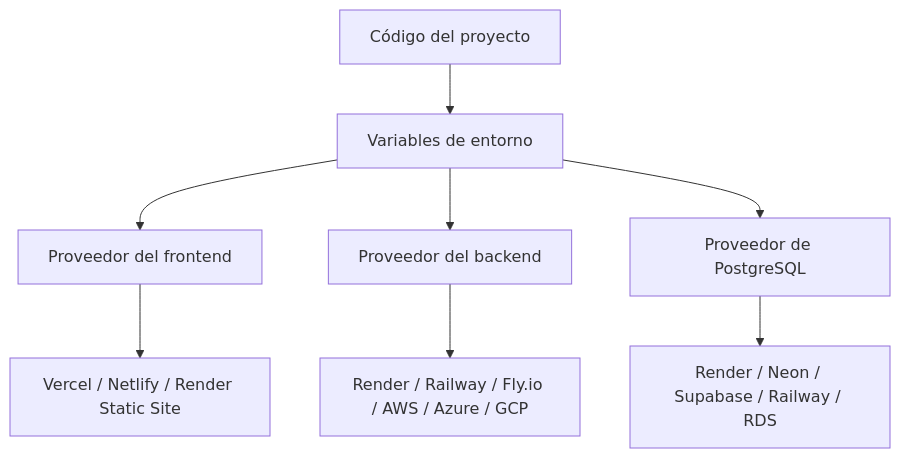
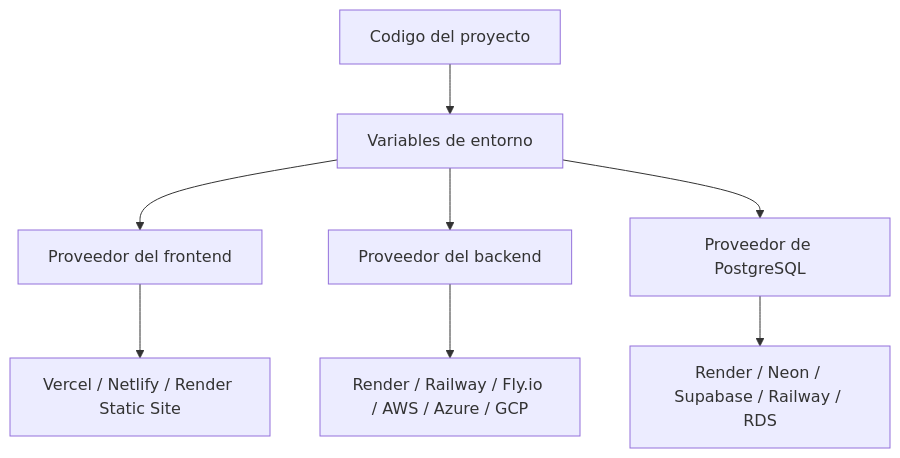
The third of 3 diagrams in docs-engineering/deployment/render-vercel.md (GRAN-J/sportmetric), drawn with Mermaid before and after one commit. The commit also changed other lines of this file and 53 other files, not shown here.

````diff
--- a/docs-engineering/deployment/render-vercel.md
+++ b/docs-engineering/deployment/render-vercel.md
@@ -116,11 +133,11 @@
 ```mermaid
 flowchart TD
-    Codigo[Código del proyecto] --> Variables[Variables de entorno]
+    Codigo[Codigo del proyecto] --> Variables[Variables de entorno]
     Variables --> FrontProvider[Proveedor del frontend]
     Variables --> BackProvider[Proveedor del backend]
     Variables --> DbProvider[Proveedor de PostgreSQL]
 
     FrontProvider --> OpcionesFront[Vercel / Netlify / Render Static Site]
     BackProvider --> OpcionesBack[Render / Railway / Fly.io / AWS / Azure / GCP]
     DbProvider --> OpcionesDb[Render / Neon / Supabase / Railway / RDS]
 ```
````
